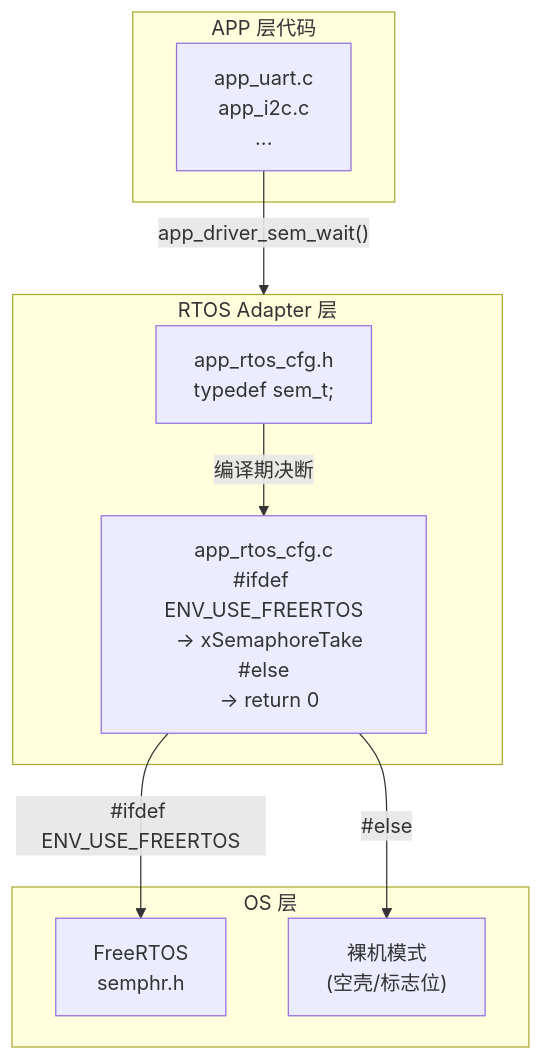
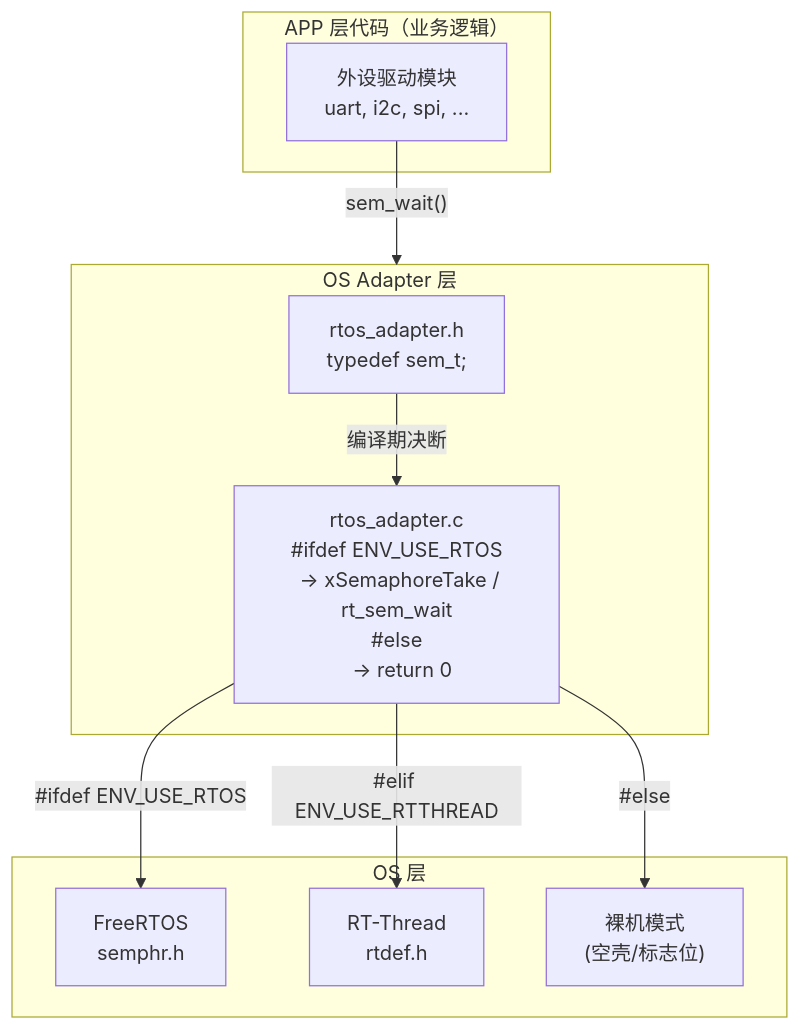
One commit to shuai-yemao/Deep-In-Embedded changed the first of 5 diagrams in 开发板/ARM架构/STM32F411CEU6/项目集成.md. Above: the diagram before and after it, drawn with Mermaid. The commit also changed other lines of this file, not shown here.

````diff
--- a/开发板/ARM架构/STM32F411CEU6/项目集成.md
+++ b/开发板/ARM架构/STM32F411CEU6/项目集成.md
@@ -43,21 +43,23 @@
 ```mermaid
 graph TB
-    subgraph APP["APP 层代码"]
-        DRIVER["app_uart.c<br/>app_i2c.c<br/>..."]
+    subgraph APP["APP 层代码（业务逻辑）"]
+        DRIVER["外设驱动模块<br/>uart, i2c, spi, ..."]
     end
 
-    subgraph ADAPTER["RTOS Adapter 层"]
-        RTOS_CFG["app_rtos_cfg.h<br/>typedef sem_t;"]
-        RTOS_CFG_IMPL["app_rtos_cfg.c<br/>#ifdef ENV_USE_FREERTOS<br/>  → xSemaphoreTake<br/>#else<br/>  → return 0"]
+    subgraph ADAPTER["OS Adapter 层"]
+        RTOS_CFG["rtos_adapter.h<br/>typedef sem_t;"]
+        RTOS_CFG_IMPL["rtos_adapter.c<br/>#ifdef ENV_USE_RTOS<br/>  → xSemaphoreTake / rt_sem_wait<br/>#else<br/>  → return 0"]
     end
 
     subgraph OS["OS 层"]
         FREERTOS["FreeRTOS<br/>semphr.h"]
+        RTTHREAD["RT-Thread<br/>rtdef.h"]
         BARE["裸机模式<br/>(空壳/标志位)"]
     end
 
-    DRIVER -->|"app_driver_sem_wait()"| ADAPTER
+    DRIVER -->|"sem_wait()"| ADAPTER
     RTOS_CFG -->|"编译期决断"| RTOS_CFG_IMPL
-    RTOS_CFG_IMPL -->|"#ifdef ENV_USE_FREERTOS"| FREERTOS
+    RTOS_CFG_IMPL -->|"#ifdef ENV_USE_RTOS"| FREERTOS
+    RTOS_CFG_IMPL -->|"#elif ENV_USE_RTTHREAD"| RTTHREAD
     RTOS_CFG_IMPL -->|"#else"| BARE
 ```
````
